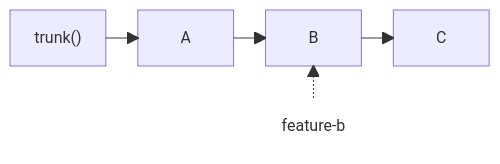
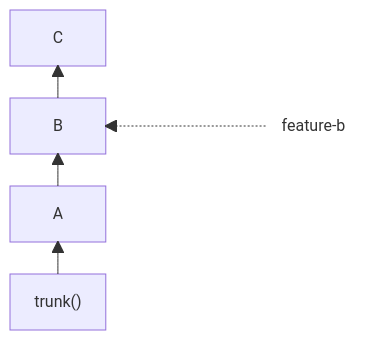
The second of 2 diagrams in docs/reference/bookmarks-and-selection.md (bos/jj-review), drawn with Mermaid before and after one commit. The commit also changed other lines of this file and 7 other files, not shown here.

````diff
--- a/docs/reference/bookmarks-and-selection.md
+++ b/docs/reference/bookmarks-and-selection.md
@@ -49,16 +40,18 @@
 ```mermaid
 ---
 config:
   block:
     padding: 32
 ---
 block-beta
-  columns 4
-  T["trunk()"] A["A"] B["B"] C["C"]
-  space:2 FEATURE["feature-b"] space
+  columns 3
+  C["C"] space:2
+  B["B"] space FEATURE["feature-b"]
+  A["A"] space:2
+  T["trunk()"] space:2
   T --> A
   A --> B
   B --> C
   FEATURE -.-> B
   style FEATURE fill:none,stroke:none,font-family:monospace
 ```
````
